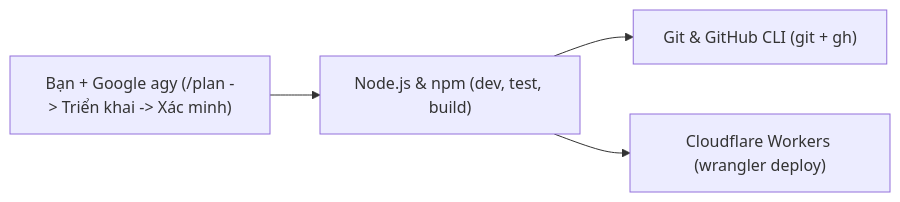
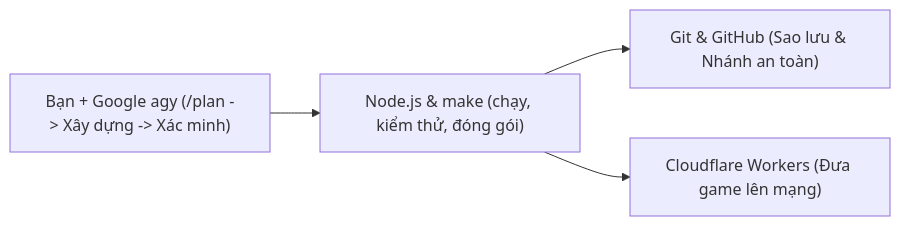
Before and after one commit to vuhung16au/gemini-games: the diagram in courses/day-04-dev-tools-and-ai-agents/README.vi.md, drawn with Mermaid. The commit also changed other lines of this file and 30 other files, not shown here.

````diff
--- a/courses/day-04-dev-tools-and-ai-agents/README.vi.md
+++ b/courses/day-04-dev-tools-and-ai-agents/README.vi.md
@@ -12,6 +12,6 @@
 ```mermaid
 flowchart LR
-  Dev["Bạn + Google agy (/plan -> Triển khai -> Xác minh)"] --> Local["Node.js & npm (dev, test, build)"]
-  Local --> Git["Git & GitHub CLI (git + gh)"]
-  Local --> CF["Cloudflare Workers (wrangler deploy)"]
+  Dev["Bạn + Google agy (/plan -> Xây dựng -> Xác minh)"] --> Local["Node.js & make (chạy, kiểm thử, đóng gói)"]
+  Local --> Git["Git & GitHub (Sao lưu & Nhánh an toàn)"]
+  Local --> CF["Cloudflare Workers (Đưa game lên mạng)"]
 ```
````
